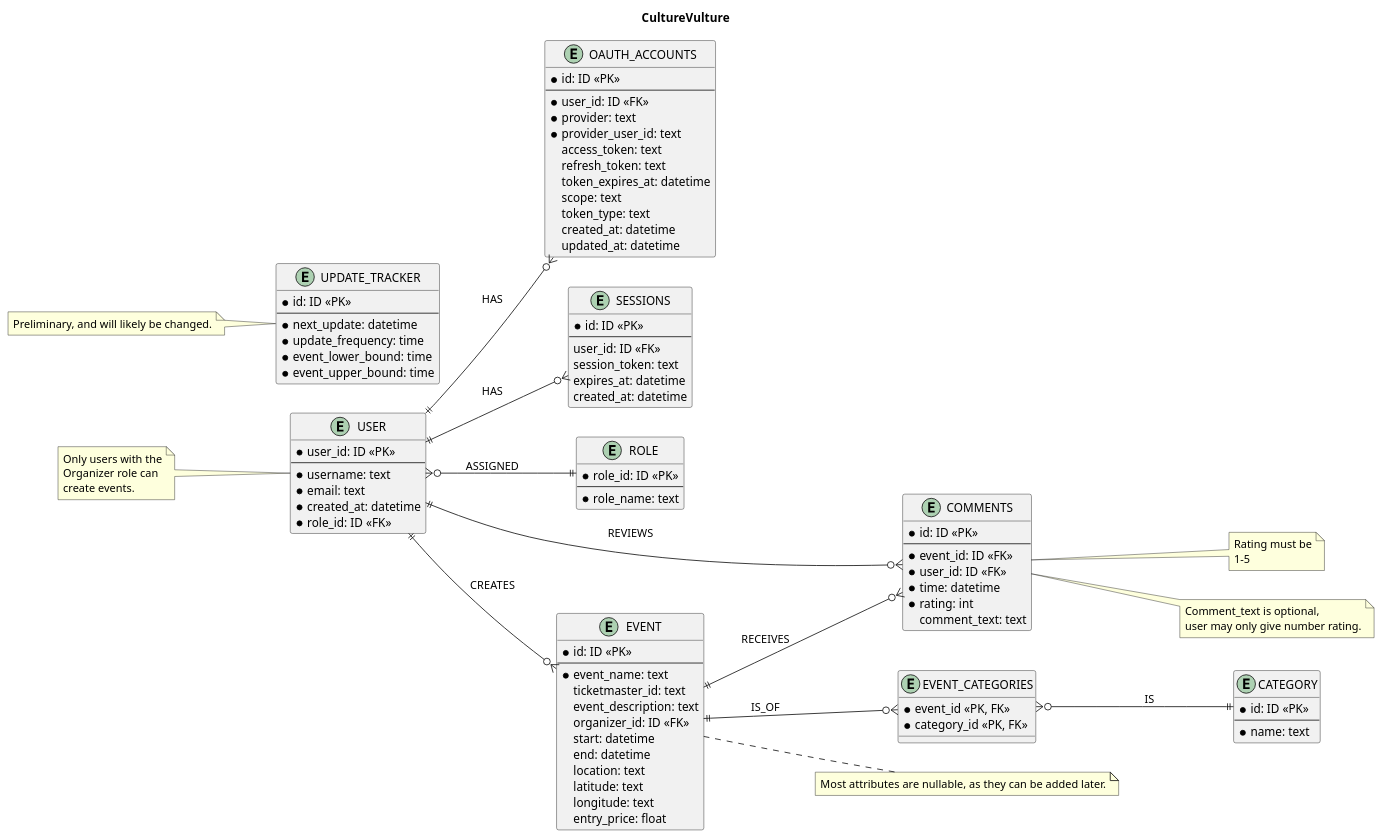
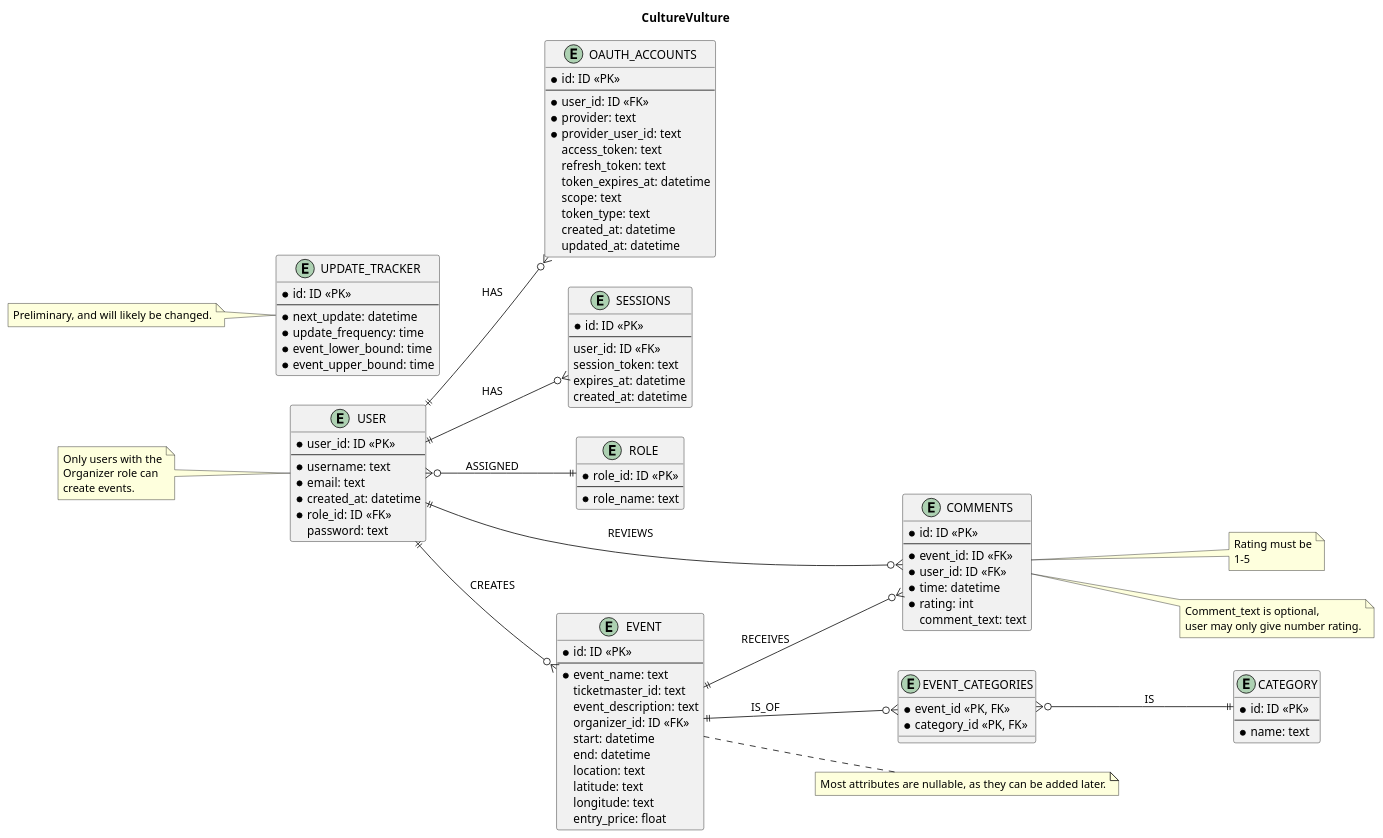
The diagram in docs/puml/4-2-culturevulture-data-ERD.puml (CultureVultureFer/culture-vulture), drawn with PlantUML before and after one commit. The commit also changed 1 other file, not shown here.

Commit message:
Added Password to user

```diff
--- a/docs/puml/4-2-culturevulture-data-ERD.puml
+++ b/docs/puml/4-2-culturevulture-data-ERD.puml
@@ -6,124 +6,125 @@
 @startuml
 title CultureVulture
 left to right direction
 
 
 entity "USER" as user {
    * user_id: ID <<PK>>
    --
    * username: text
    * email: text
    * created_at: datetime
    * role_id: ID <<FK>>
+   password: text
 }
 
 entity "OAUTH_ACCOUNTS" as oauth_accounts {
    * id: ID <<PK>>
    --
    * user_id: ID <<FK>>
    * provider: text
    * provider_user_id: text
    access_token: text
    refresh_token: text
    token_expires_at: datetime
    scope: text
    token_type: text
    created_at: datetime
    updated_at: datetime
 }
 
 entity "SESSIONS" as sessions {
    *id: ID <<PK>>
    --
    user_id: ID <<FK>>
    session_token: text
    expires_at: datetime
    created_at: datetime
 }
 
 entity "ROLE" as role {
    *role_id: ID <<PK>>
    --
    *role_name: text
 }
 
 entity "UPDATE_TRACKER" as update_tracker {
    *id: ID <<PK>>
    --
    *next_update: datetime
    *update_frequency: time
    *event_lower_bound: time
    *event_upper_bound: time
 }
 
 entity "EVENT" as event {
    *id: ID <<PK>>
    --
    *event_name: text
    ticketmaster_id: text
    event_description: text
    organizer_id: ID <<FK>>
    start: datetime
    end: datetime
    location: text
    latitude: text
    longitude: text
    entry_price: float
 }
 
 entity "COMMENTS" as comments {
    *id: ID <<PK>>
    --
    *event_id: ID <<FK>>
    *user_id: ID <<FK>>
    *time: datetime
    *rating: int
    comment_text: text
 }
 
 entity "CATEGORY" as category {
    *id: ID <<PK>>
    --
    *name: text
 }
 
 entity "EVENT_CATEGORIES" as event_categories {
    *event_id <<PK, FK>>
    *category_id <<PK, FK>>
 }
 
 user ||--o{ oauth_accounts : HAS
 user ||--o{ sessions: HAS
 user }o--|| role: ASSIGNED
 user ||--o{ event: CREATES
 user ||--o{ comments: REVIEWS
 event ||--o{ comments: RECEIVES
 event ||--o{ event_categories: IS_OF
 event_categories }o--|| category: IS
 
 
 note left of user
   Only users with the
   Organizer role can
   create events.
 end note
 
 note right of comments
   Rating must be
   1-5
 end note
 
 note right of event
   Most attributes are nullable, as they can be added later.
 end note
 
 note right of comments
    Comment_text is optional,
    user may only give number rating.
 end note
 
 note left of update_tracker
   Preliminary, and will likely be changed.
 end note
 
 @enduml
```
